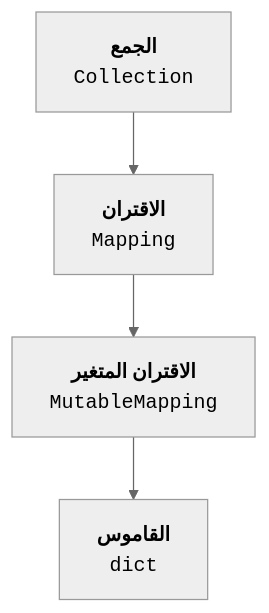
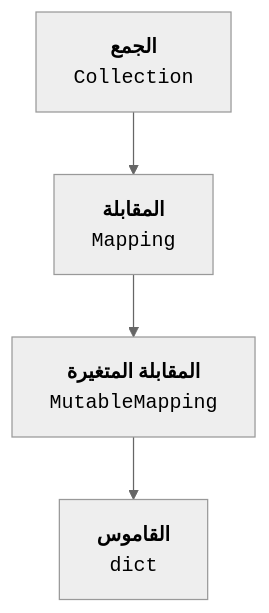
One commit to hanoufalmogri/python changed the diagram in book/chapters/06_mapping/a2_dict.qmd. Above: the diagram before and after it, drawn with Mermaid (neutral theme). The commit also changed other lines of this file and 7 other files, not shown here.

````diff
--- a/book/chapters/06_mapping/a2_dict.qmd
+++ b/book/chapters/06_mapping/a2_dict.qmd
@@ -5,9 +5,9 @@
 ```{mermaid}
 %% | label: fig-dict
 %% | fig-cap: شجرة أنواع القاموس
 flowchart TD
     Collection[<b>الجمع</b> <br> <code>Collection</code>]
-    Collection --> Mapping[<b>الاقتران</b> <br> <code>Mapping</code>]
-    Mapping --> MutableMapping[<b>الاقتران المتغير</b> <br> <code>MutableMapping</code>]
+    Collection --> Mapping[<b>المقابلة</b> <br> <code>Mapping</code>]
+    Mapping --> MutableMapping[<b>المقابلة المتغيرة</b> <br> <code>MutableMapping</code>]
     MutableMapping --> dict[<b>القاموس</b> <br> <code>dict</code>]
 ```
````
